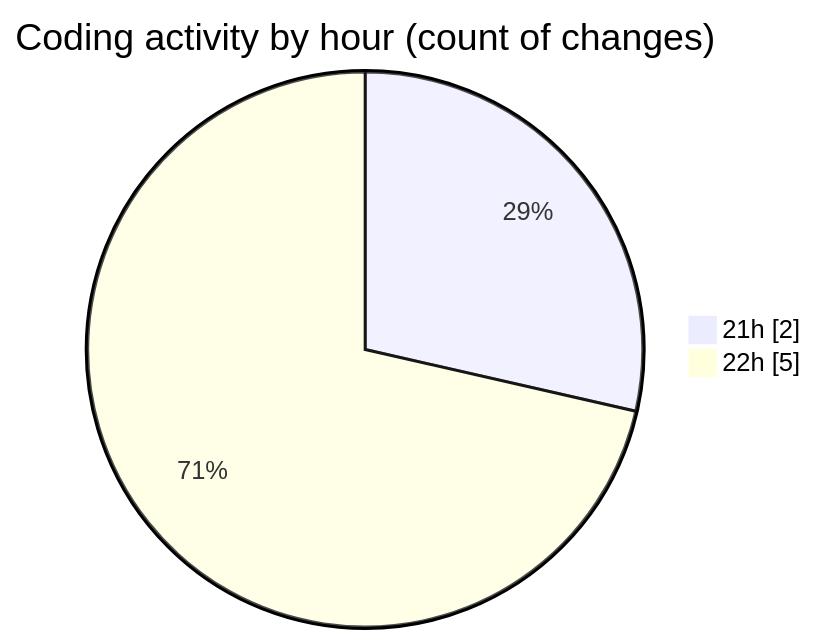
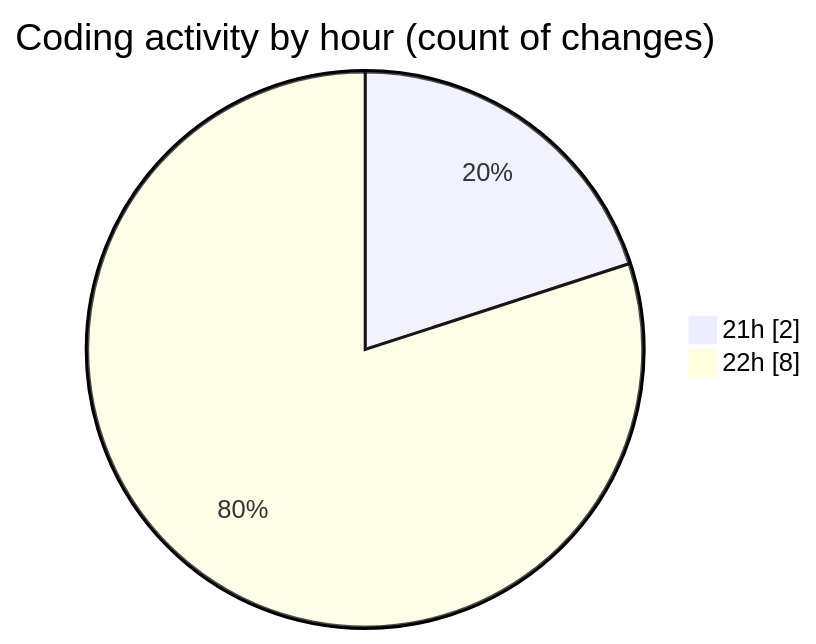
Before and after one commit to EIIisD/code-tracking: the second of 2 diagrams in 2025-08-14/fresh_start/README.md, drawn with Mermaid. The commit also changed other lines of this file and 1 other file, not shown here.

````diff
--- a/2025-08-14/fresh_start/README.md
+++ b/2025-08-14/fresh_start/README.md
@@ -30,6 +30,6 @@
 ```mermaid
 pie showData
 title Coding activity by hour (count of changes)
 "21h" : 2
-"22h" : 5
+"22h" : 8
 ```
````
